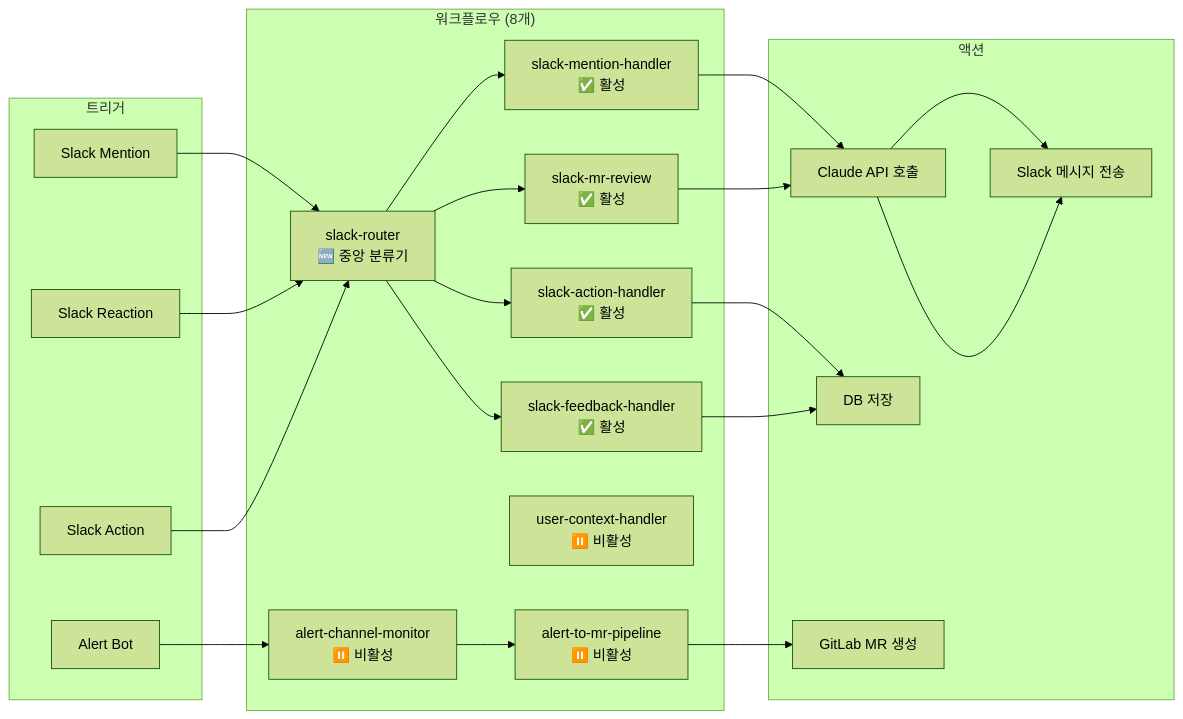
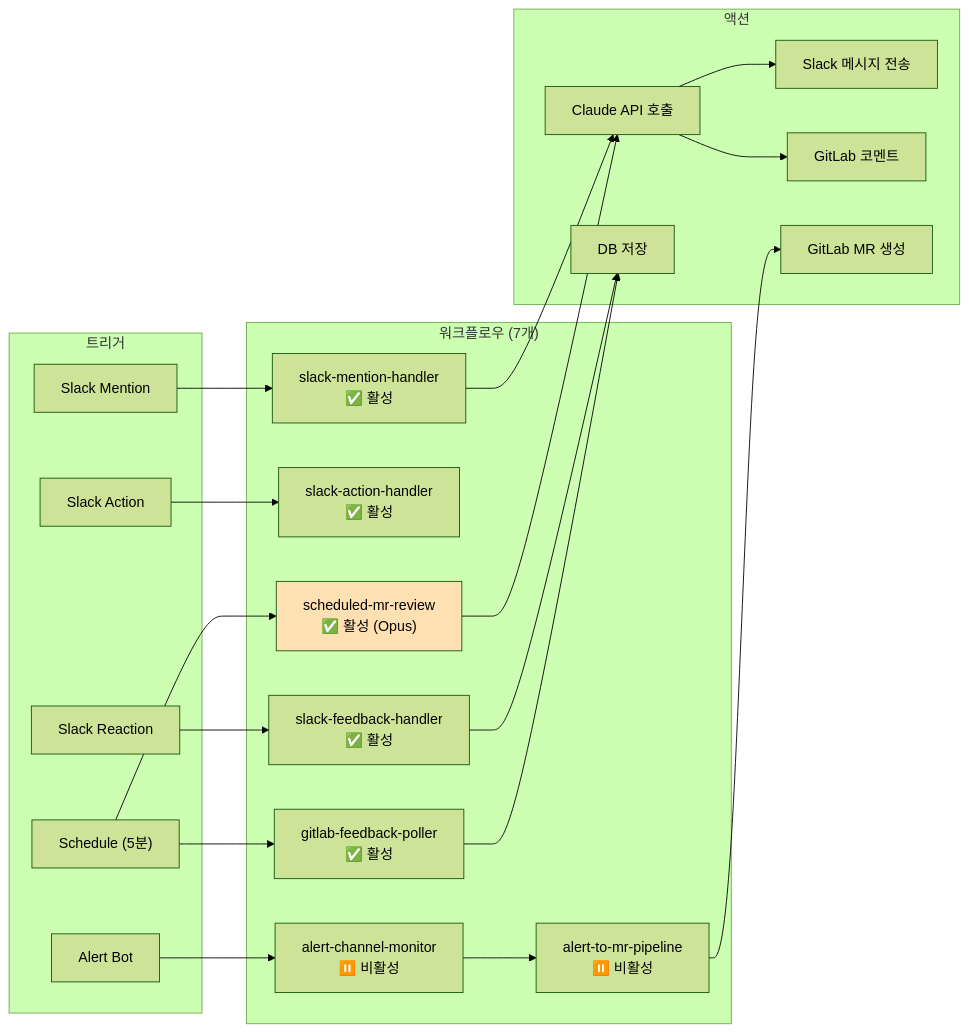
The tenth of 20 diagrams in docs/ARCHITECTURE.md (Gyeom/claude-flow), drawn with Mermaid (forest theme) before and after one commit. The commit also changed other lines of this file and 8 other files, not shown here.

````diff
--- a/docs/ARCHITECTURE.md
+++ b/docs/ARCHITECTURE.md
@@ -444,42 +449,43 @@
 ```mermaid
 flowchart LR
     subgraph Triggers["트리거"]
         W1["Slack Mention"]
         W2["Slack Reaction"]
         W3["Slack Action"]
-        W4["Alert Bot"]
+        W4["Schedule (5분)"]
+        W5["Alert Bot"]
     end
 
-    subgraph Workflows["워크플로우 (8개)"]
-        WF0["slack-router<br/>🆕 중앙 분류기"]
+    subgraph Workflows["워크플로우 (7개)"]
         WF1["slack-mention-handler<br/>✅ 활성"]
-        WF2["slack-mr-review<br/>✅ 활성"]
-        WF3["slack-action-handler<br/>✅ 활성"]
-        WF4["slack-feedback-handler<br/>✅ 활성"]
-        WF5["user-context-handler<br/>⏸️ 비활성"]
+        WF2["slack-action-handler<br/>✅ 활성"]
+        WF3["slack-feedback-handler<br/>✅ 활성"]
+        WF4["scheduled-mr-review<br/>✅ 활성 (Opus)"]
+        WF5["gitlab-feedback-poller<br/>✅ 활성"]
         WF6["alert-channel-monitor<br/>⏸️ 비활성"]
         WF7["alert-to-mr-pipeline<br/>⏸️ 비활성"]
     end
 
     subgraph Actions["액션"]
         A1["Claude API 호출"]
         A2["Slack 메시지 전송"]
         A3["DB 저장"]
-        A4["GitLab MR 생성"]
+        A4["GitLab 코멘트"]
+        A5["GitLab MR 생성"]
     end
 
-    W1 --> WF0
-    W2 --> WF0
-    W3 --> WF0
-    WF0 --> WF1
-    WF0 --> WF2
-    WF0 --> WF3
-    WF0 --> WF4
-    W4 --> WF6
+    W1 --> WF1
+    W2 --> WF3
+    W3 --> WF2
+    W4 --> WF4
+    W4 --> WF5
+    W5 --> WF6
 
     WF1 --> A1 --> A2
-    WF2 --> A1 --> A2
+    WF4 --> A1 --> A4
     WF3 --> A3
-    WF4 --> A3
-    WF6 --> WF7 --> A4
+    WF5 --> A3
+    WF6 --> WF7 --> A5
+
+    style WF4 fill:#ffe0b2
 ```
````
